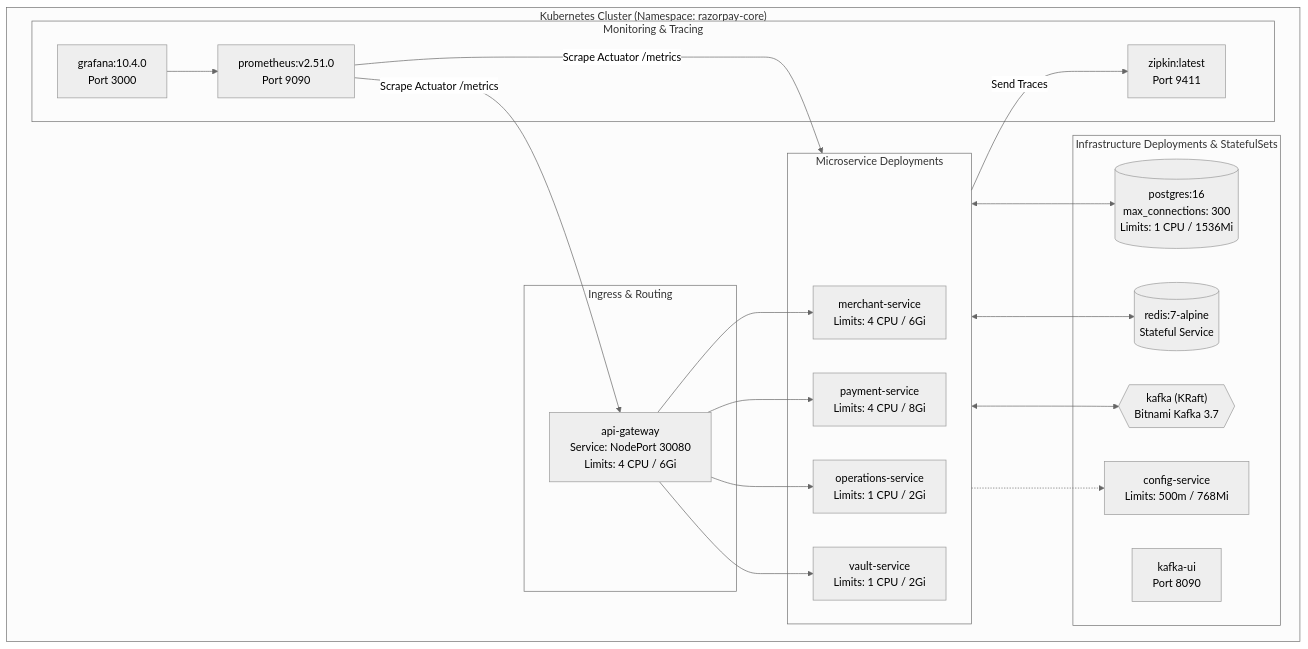
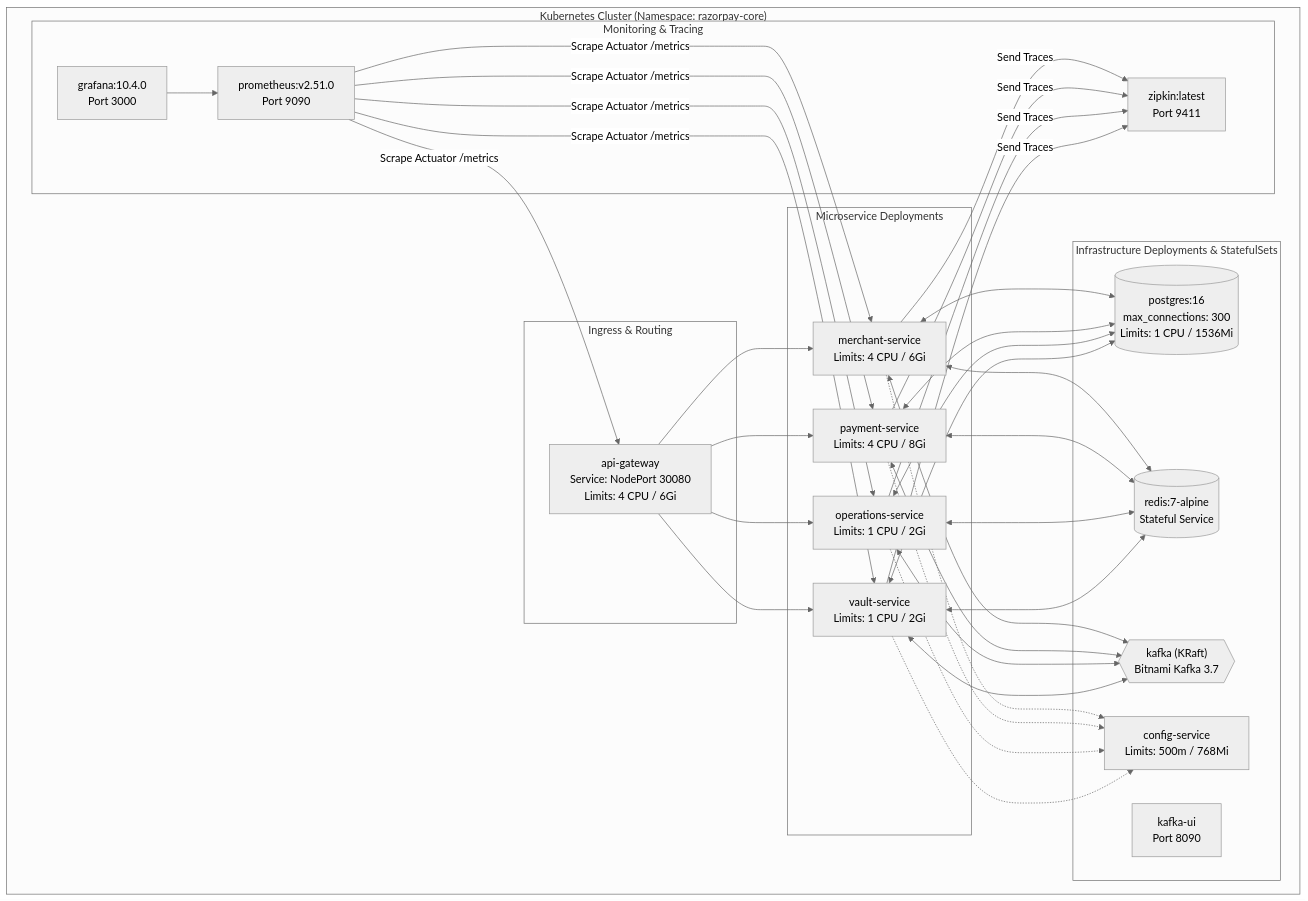
One commit to nexus-og-wb/distributed-payment-gateway-razorPay-clone changed the fifth of 21 diagrams in README.md. Above: the diagram before and after it, drawn with Mermaid (neutral theme). The commit also changed other lines of this file, not shown here.

````diff
--- a/README.md
+++ b/README.md
@@ -581,71 +399,36 @@
 ```mermaid
-
 flowchart TB
-
     subgraph K8s ["Kubernetes Cluster (Namespace: razorpay-core)"]
-
         subgraph Ingress ["Ingress & Routing"]
-
-            GW_POD["api-gateway\nService: NodePort 30080\nLimits: 4 CPU / 6Gi"]
-
+            GW_POD["api-gateway<br/>Service: NodePort 30080<br/>Limits: 4 CPU / 6Gi"]
         end
 
-
-
         subgraph BusinessPods ["Microservice Deployments"]
-
-            MS_POD["merchant-service\nLimits: 4 CPU / 6Gi"]
-
-            PS_POD["payment-service\nLimits: 4 CPU / 8Gi"]
-
-            OS_POD["operations-service\nLimits: 1 CPU / 2Gi"]
-
-            VS_POD["vault-service\nLimits: 1 CPU / 2Gi"]
-
+            MS_POD["merchant-service<br/>Limits: 4 CPU / 6Gi"]
+            PS_POD["payment-service<br/>Limits: 4 CPU / 8Gi"]
+            OS_POD["operations-service<br/>Limits: 1 CPU / 2Gi"]
+            VS_POD["vault-service<br/>Limits: 1 CPU / 2Gi"]
         end
 
-
-
         subgraph InfraPods ["Infrastructure Deployments & StatefulSets"]
-
-            CONF_POD["config-service\nLimits: 500m / 768Mi"]
-
-            PG_POD[("postgres:16\nmax_connections: 300\nLimits: 1 CPU / 1536Mi")]
-
-            RD_POD[("redis:7-alpine\nStateful Service")]
-
-            KF_POD{{"kafka (KRaft)\nBitnami Kafka 3.7"}}
-
-            KF_UI["kafka-ui\nPort 8090"]
-
+            CONF_POD["config-service<br/>Limits: 500m / 768Mi"]
+            PG_POD[("postgres:16<br/>max_connections: 300<br/>Limits: 1 CPU / 1536Mi")]
+            RD_POD[("redis:7-alpine<br/>Stateful Service")]
+            KF_POD{{"kafka (KRaft)<br/>Bitnami Kafka 3.7"}}
+            KF_UI["kafka-ui<br/>Port 8090"]
         end
 
-
-
         subgraph ObservabilityPods ["Monitoring & Tracing"]
-
-            PROM_POD["prometheus:v2.51.0\nPort 9090"]
-
-            GRAF_POD["grafana:10.4.0\nPort 3000"]
-
-            ZIP_POD["zipkin:latest\nPort 9411"]
-
+            PROM_POD["prometheus:v2.51.0<br/>Port 9090"]
+            GRAF_POD["grafana:10.4.0<br/>Port 3000"]
+            ZIP_POD["zipkin:latest<br/>Port 9411"]
         end
-
     end
 
-
-
     GW_POD --> MS_POD & PS_POD & OS_POD & VS_POD
-
-    BusinessPods <--> PG_POD & RD_POD & KF_POD
-
-    BusinessPods -.-> CONF_POD
-
-    PROM_POD -->|Scrape Actuator /metrics| BusinessPods & GW_POD
-
+    MS_POD & PS_POD & OS_POD & VS_POD <--> PG_POD & RD_POD & KF_POD
+    MS_POD & PS_POD & OS_POD & VS_POD -.-> CONF_POD
+    PROM_POD -->|"Scrape Actuator /metrics"| MS_POD & PS_POD & OS_POD & VS_POD & GW_POD
     GRAF_POD --> PROM_POD
-
-    BusinessPods -->|Send Traces| ZIP_POD
-
+    MS_POD & PS_POD & OS_POD & VS_POD -->|"Send Traces"| ZIP_POD
 ```
````
